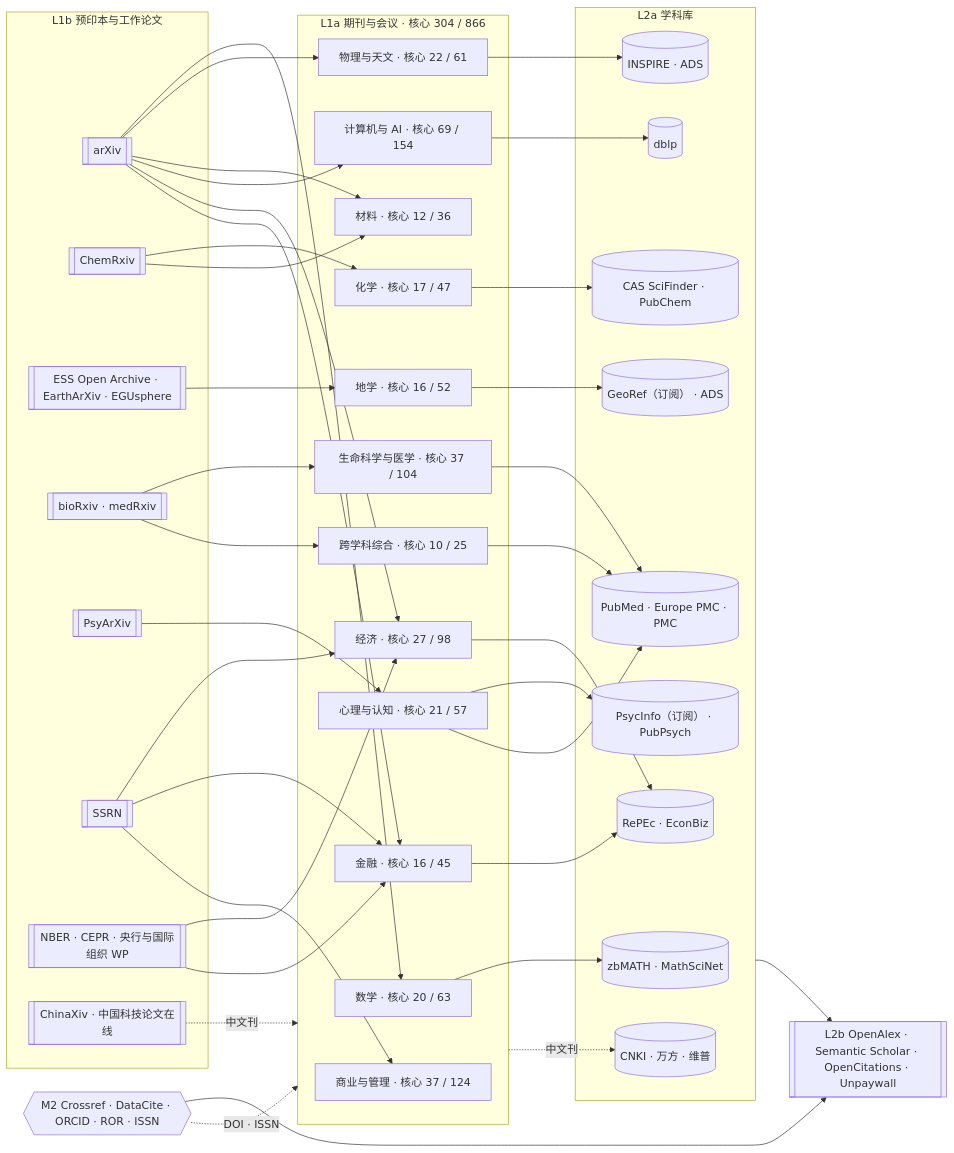
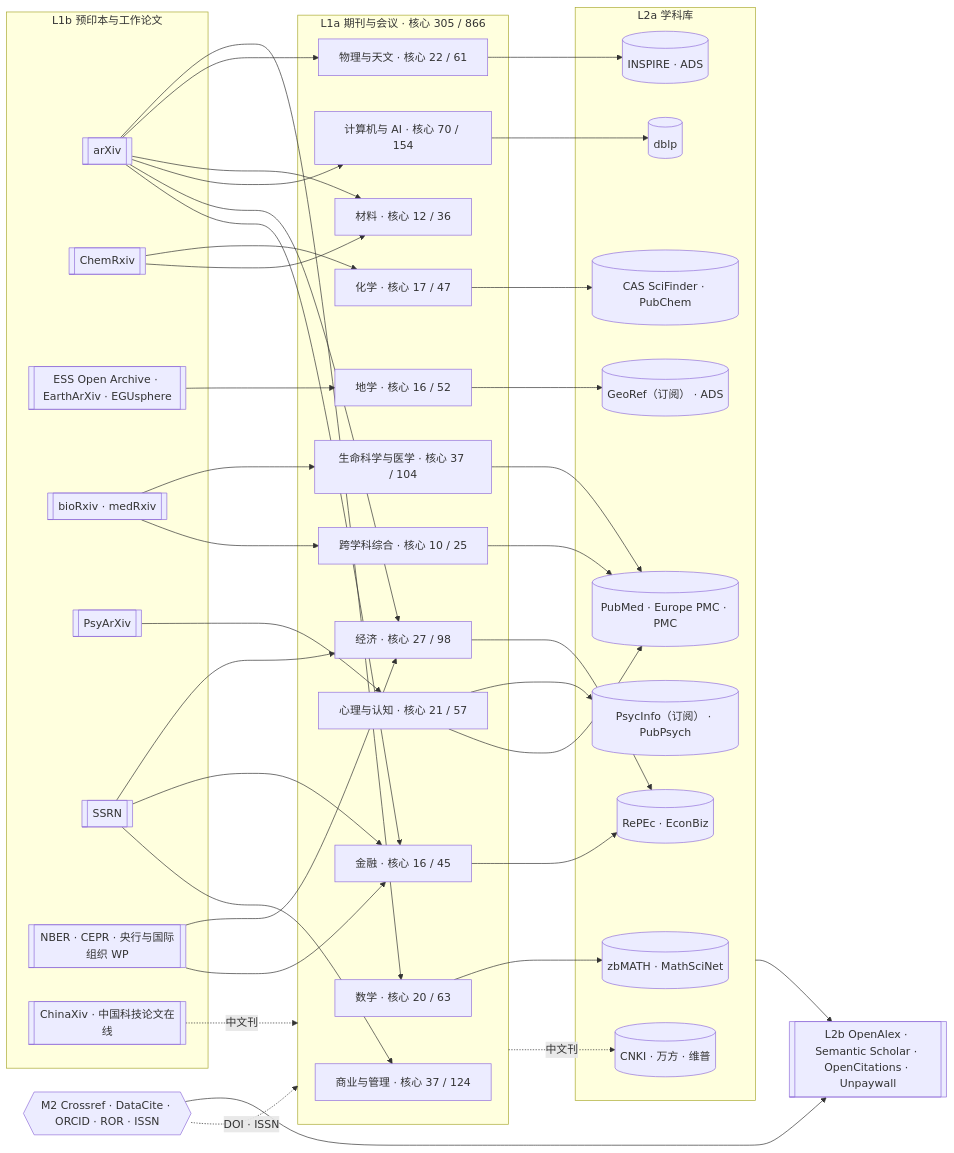
One commit to yhyfhgs/Confluo changed the diagram in docs/catalog/venues/README.md. Above: the diagram before and after it, drawn with Mermaid. The commit also changed other lines of this file and 7 other files, not shown here.

````diff
--- a/docs/catalog/venues/README.md
+++ b/docs/catalog/venues/README.md
@@ -45,61 +45,61 @@
 ```mermaid
 flowchart LR
   subgraph L1B["L1b 预印本与工作论文"]
     arx[["arXiv"]]
     chemrx[["ChemRxiv"]]
     ess[["ESS Open Archive · EarthArXiv · EGUsphere"]]
     bio[["bioRxiv · medRxiv"]]
     psy[["PsyArXiv"]]
     ssrn[["SSRN"]]
     wp[["NBER · CEPR · 央行与国际组织 WP"]]
     cx[["ChinaXiv · 中国科技论文在线"]]
   end
-  subgraph L1A["L1a 期刊与会议 · 核心 304 / 866"]
+  subgraph L1A["L1a 期刊与会议 · 核心 305 / 866"]
     math["数学 · 核心 20 / 63"]
     phys["物理与天文 · 核心 22 / 61"]
     chem["化学 · 核心 17 / 47"]
     geo["地学 · 核心 16 / 52"]
     mat["材料 · 核心 12 / 36"]
     life["生命科学与医学 · 核心 37 / 104"]
     psyc["心理与认知 · 核心 21 / 57"]
     econ["经济 · 核心 27 / 98"]
     fin["金融 · 核心 16 / 45"]
     mgmt["商业与管理 · 核心 37 / 124"]
-    cs["计算机与 AI · 核心 69 / 154"]
+    cs["计算机与 AI · 核心 70 / 154"]
     multi["跨学科综合 · 核心 10 / 25"]
   end
   subgraph L2A["L2a 学科库"]
     zb[("zbMATH · MathSciNet")]
     ins[("INSPIRE · ADS")]
     cas[("CAS SciFinder · PubChem")]
     geor[("GeoRef（订阅） · ADS")]
     pm[("PubMed · Europe PMC · PMC")]
     psyi[("PsycInfo（订阅） · PubPsych")]
     rep[("RePEc · EconBiz")]
     dblp[("dblp")]
     cnki[("CNKI · 万方 · 维普")]
   end
   M2{{"M2 Crossref · DataCite · ORCID · ROR · ISSN"}}
   L2B[["L2b OpenAlex · Semantic Scholar · OpenCitations · Unpaywall"]]
   arx --> math & phys & mat & cs & econ & fin
   chemrx --> chem & mat
   ess --> geo
   bio --> life & multi
   psy --> psyc
   ssrn --> econ & fin & mgmt
   wp --> econ & fin
   math --> zb
   phys --> ins
   chem --> cas
   geo --> geor
   life --> pm
   psyc --> psyi & pm
   econ & fin --> rep
   cs --> dblp
   multi --> pm
   cx -. 中文刊 .-> L1A
   L1A -. 中文刊 .-> cnki
   M2 -. DOI · ISSN .-> L1A
   L2A --> L2B
   M2 --> L2B
 ```
````
